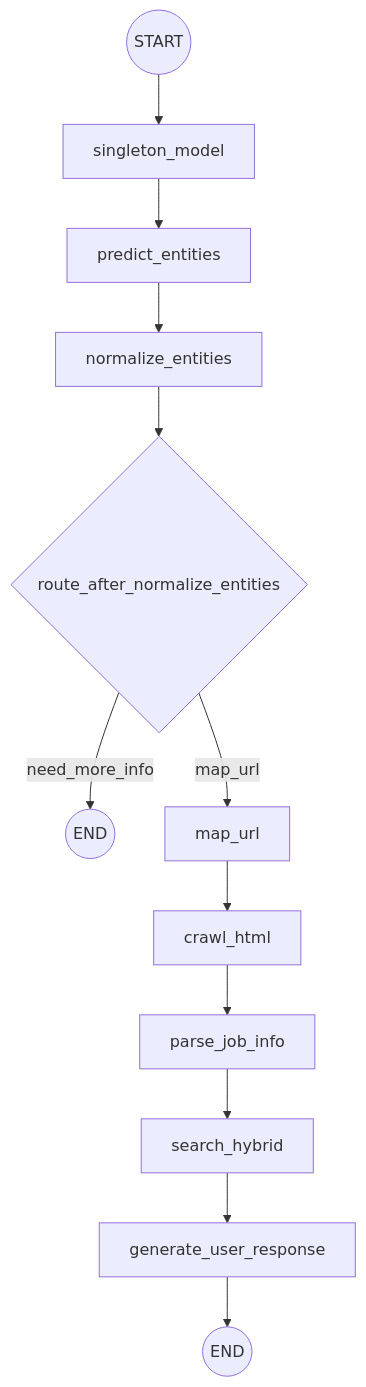
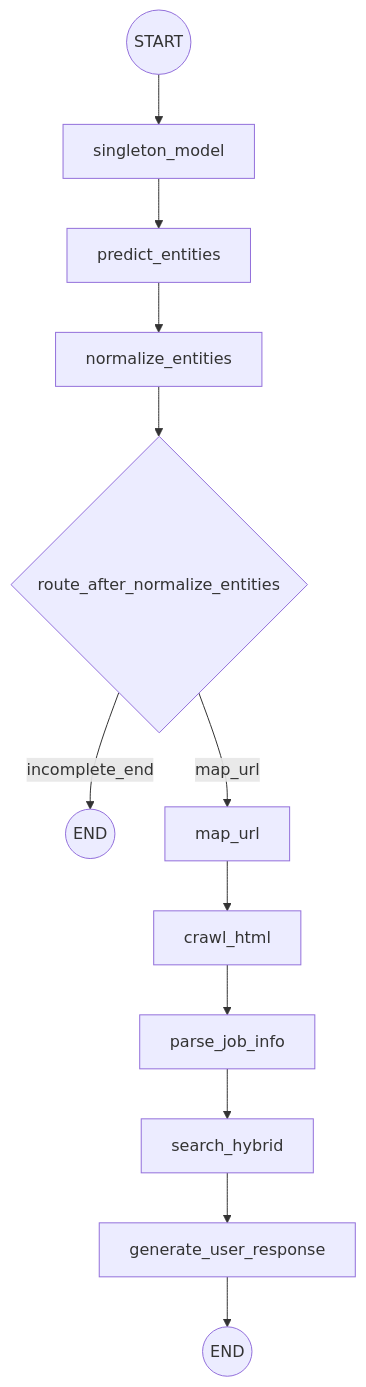
One commit to Job-Search-AI/AI changed the diagram in README.md. Above: the diagram before and after it, drawn with Mermaid. The commit also changed other lines of this file, not shown here.

First line of the commit message:
docs: incomplete 종료 라우트 명칭을 README에 반영

````diff
--- a/README.md
+++ b/README.md
@@ -105,14 +105,14 @@
 ```mermaid
 flowchart TD
     START((START)) --> singleton_model[singleton_model]
     singleton_model --> predict_entities[predict_entities]
     predict_entities --> normalize_entities[normalize_entities]
     normalize_entities --> route{route_after_normalize_entities}
-    route -->|need_more_info| END1((END))
+    route -->|incomplete_end| END1((END))
     route -->|map_url| map_url[map_url]
     map_url --> crawl_html[crawl_html]
     crawl_html --> parse_job_info[parse_job_info]
     parse_job_info --> search_hybrid[search_hybrid]
     search_hybrid --> generate_user_response[generate_user_response]
     generate_user_response --> END2((END))
 ```
````
